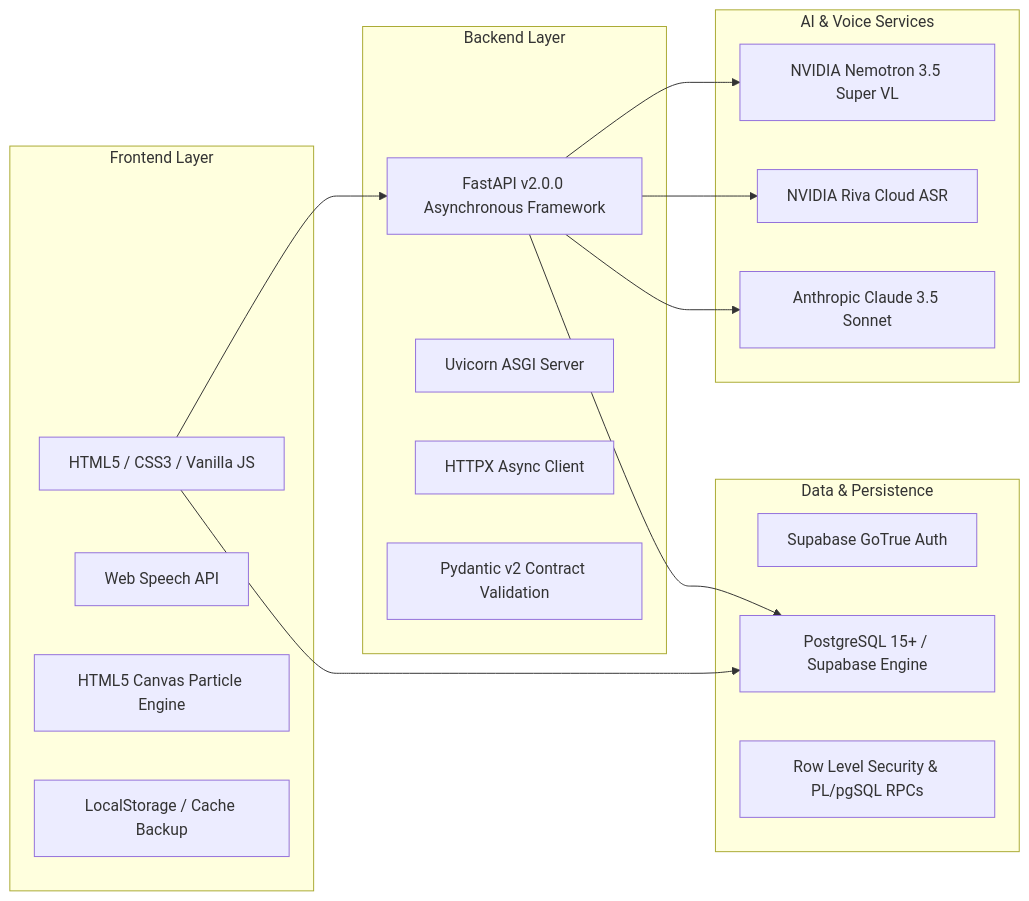
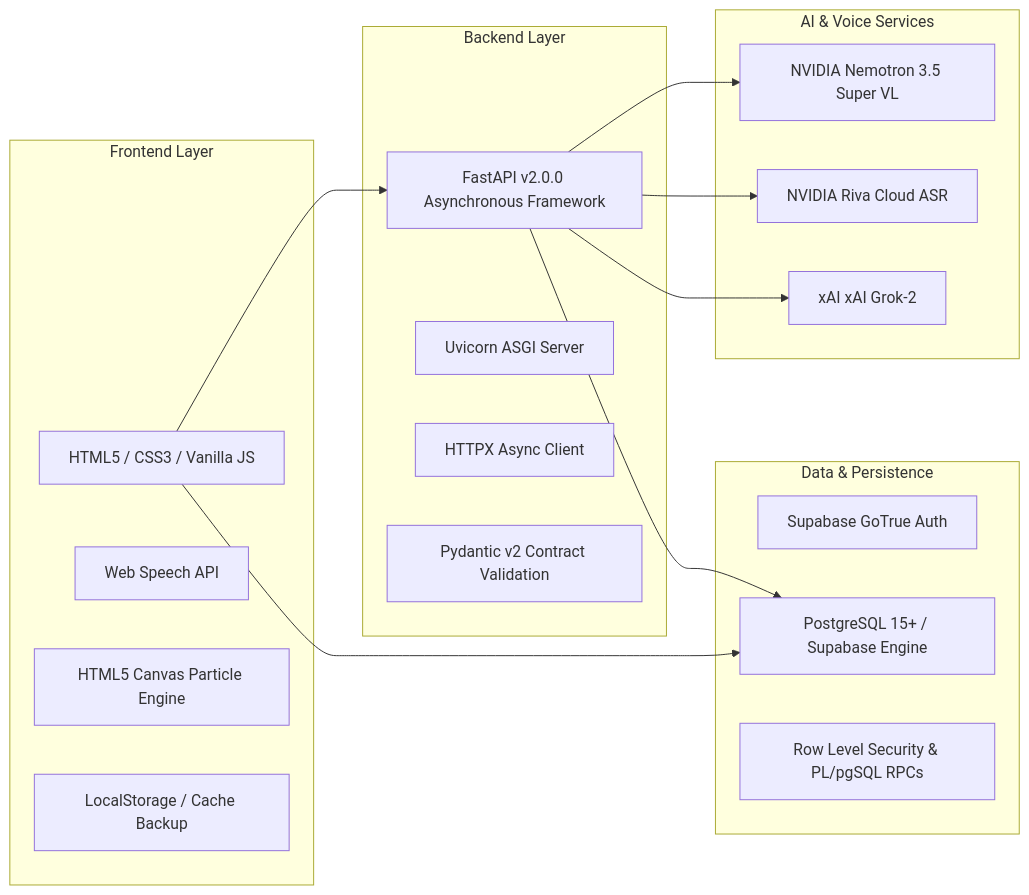
One commit to Ayushpatel0329/bollbill changed the diagram in TECH_STACK.md. Above: the diagram before and after it, drawn with Mermaid. The commit also changed other lines of this file and 9 other files, not shown here.

Commit message:
chore: remove all Claude/Anthropic references, configure xAI Grok and update dependencies

````diff
--- a/TECH_STACK.md
+++ b/TECH_STACK.md
@@ -9,35 +9,35 @@
 ```mermaid
 graph LR
     subgraph Frontend Layer
         SPA[HTML5 / CSS3 / Vanilla JS]
         Speech[Web Speech API]
         Canvas[HTML5 Canvas Particle Engine]
         Storage[LocalStorage / Cache Backup]
     end
 
     subgraph Backend Layer
         FastAPI[FastAPI v2.0.0 Asynchronous Framework]
         Uvicorn[Uvicorn ASGI Server]
         HTTPX[HTTPX Async Client]
         Pydantic[Pydantic v2 Contract Validation]
     end
 
     subgraph Data & Persistence
         SupabaseAuth[Supabase GoTrue Auth]
         PostgreSQL[PostgreSQL 15+ / Supabase Engine]
         RLS[Row Level Security & PL/pgSQL RPCs]
     end
 
     subgraph AI & Voice Services
         Nemotron[NVIDIA Nemotron 3.5 Super VL]
         Riva[NVIDIA Riva Cloud ASR]
-        Claude[Anthropic Claude 3.5 Sonnet]
+        Grok[xAI xAI Grok-2]
     end
 
     SPA --> FastAPI
     SPA --> PostgreSQL
     FastAPI --> Nemotron
     FastAPI --> Riva
-    FastAPI --> Claude
+    FastAPI --> Grok
     FastAPI --> PostgreSQL
 ```
````
